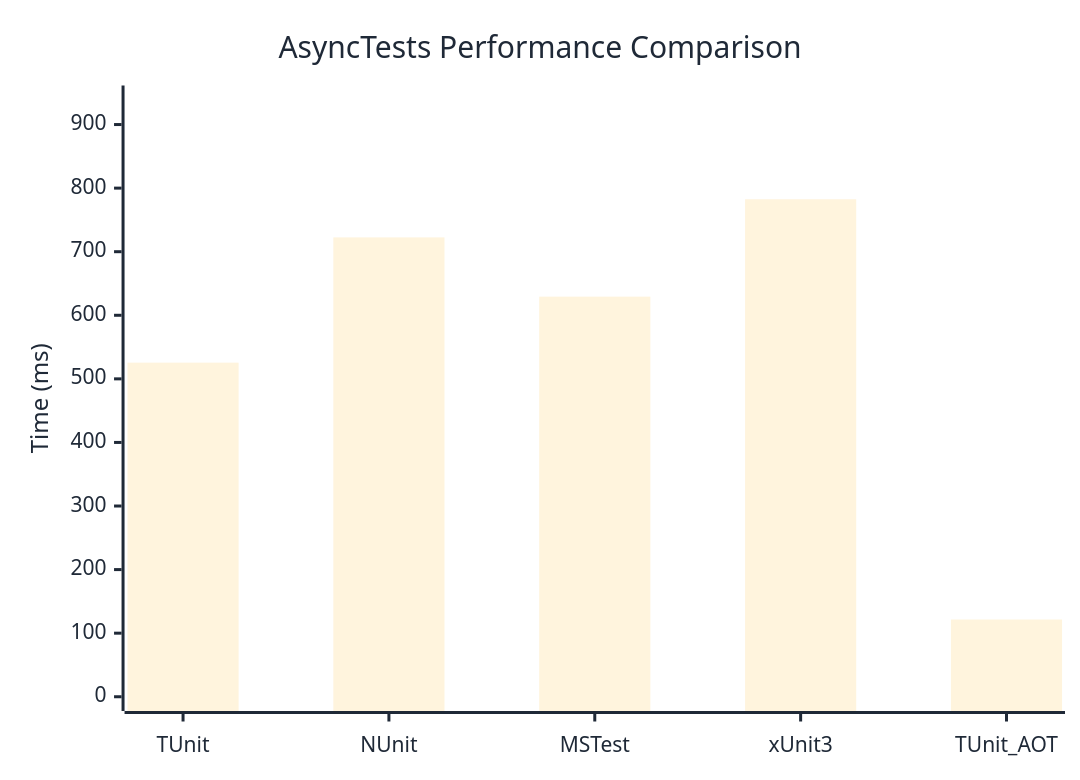
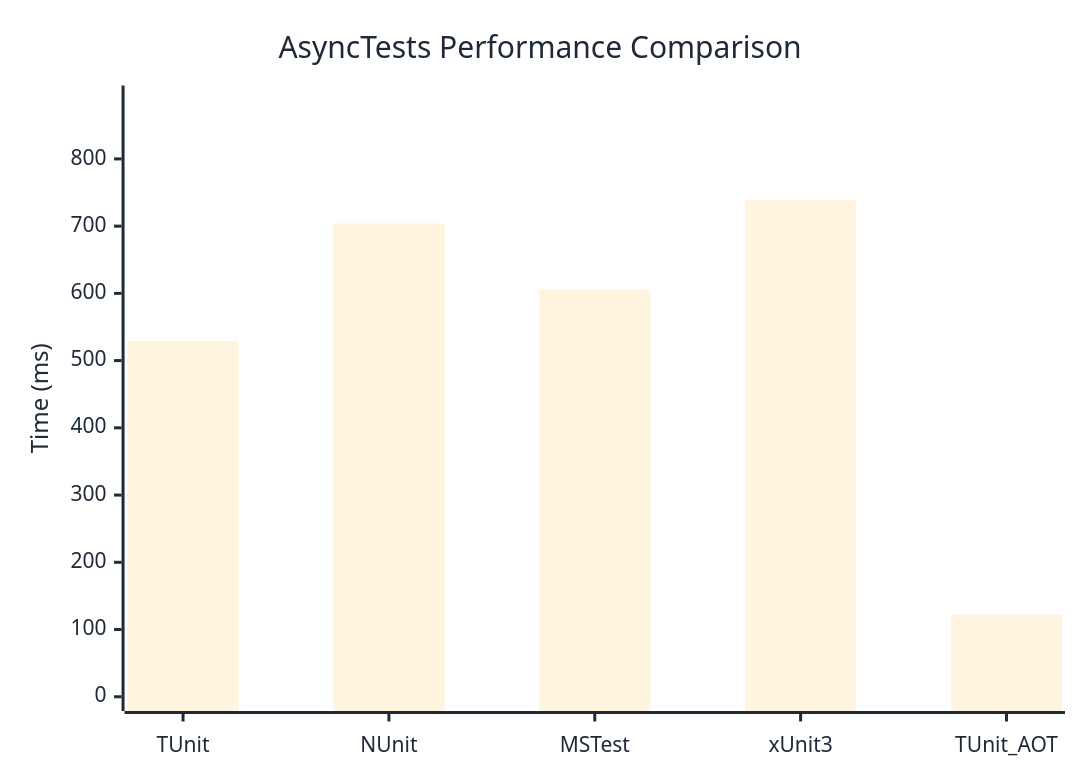
One commit to thomhurst/TUnit changed the diagram in docs/docs/benchmarks/AsyncTests.md. Above: the diagram before and after it, drawn with Mermaid. The commit also changed other lines of this file and 17 other files, not shown here.

````diff
--- a/docs/docs/benchmarks/AsyncTests.md
+++ b/docs/docs/benchmarks/AsyncTests.md
@@ -27,37 +27,37 @@
 ```mermaid
 %%{init: {
   'theme':'base',
   'themeVariables': {
     'primaryColor': '#2563eb',
     'primaryTextColor': '#1f2937',
     'primaryBorderColor': '#1e40af',
     'lineColor': '#6b7280',
     'secondaryColor': '#7c3aed',
     'tertiaryColor': '#dc2626',
     'background': '#ffffff',
     'mainBkg': '#2563eb',
     'secondBkg': '#7c3aed',
     'tertiaryBkg': '#dc2626',
     'clusterBkg': '#f3f4f6',
     'edgeLabelBackground': '#ffffff',
     'tertiaryTextColor': '#1f2937',
     'pie1': '#2563eb',
     'pie2': '#7c3aed',
     'pie3': '#dc2626',
     'pie4': '#f59e0b',
     'pie5': '#10b981',
     'pie6': '#06b6d4',
     'pie7': '#ec4899',
     'pie8': '#6366f1',
     'pie9': '#84cc16',
     'pie10': '#f97316',
     'pie11': '#14b8a6',
     'pie12': '#a855f7'
   }
 }}%%
 xychart-beta
   title "AsyncTests Performance Comparison"
   x-axis ["TUnit", "NUnit", "MSTest", "xUnit3", "TUnit_AOT"]
-  y-axis "Time (ms)" 0 --> 939
-  bar [525.5, 722.5, 629.3, 782.5, 121.5]
+  y-axis "Time (ms)" 0 --> 888
+  bar [529.2, 703.9, 605.9, 739.2, 122.2]
 ```
````
